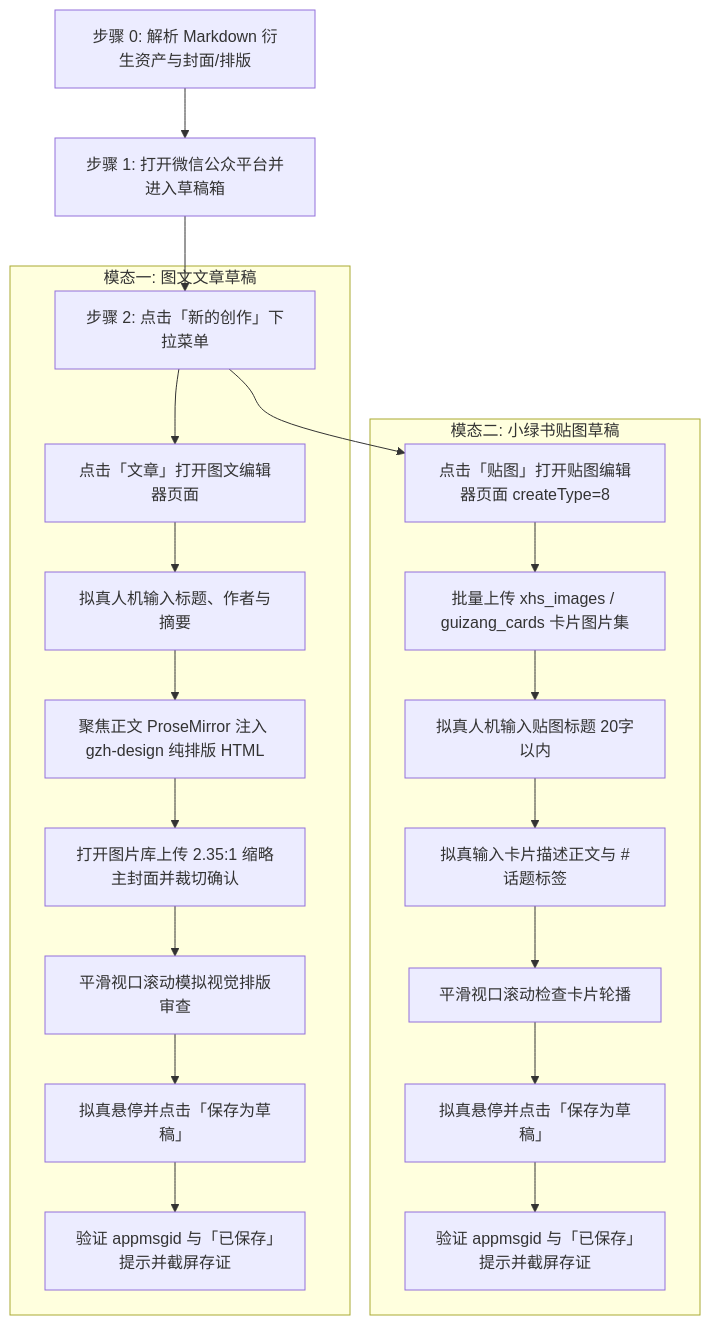
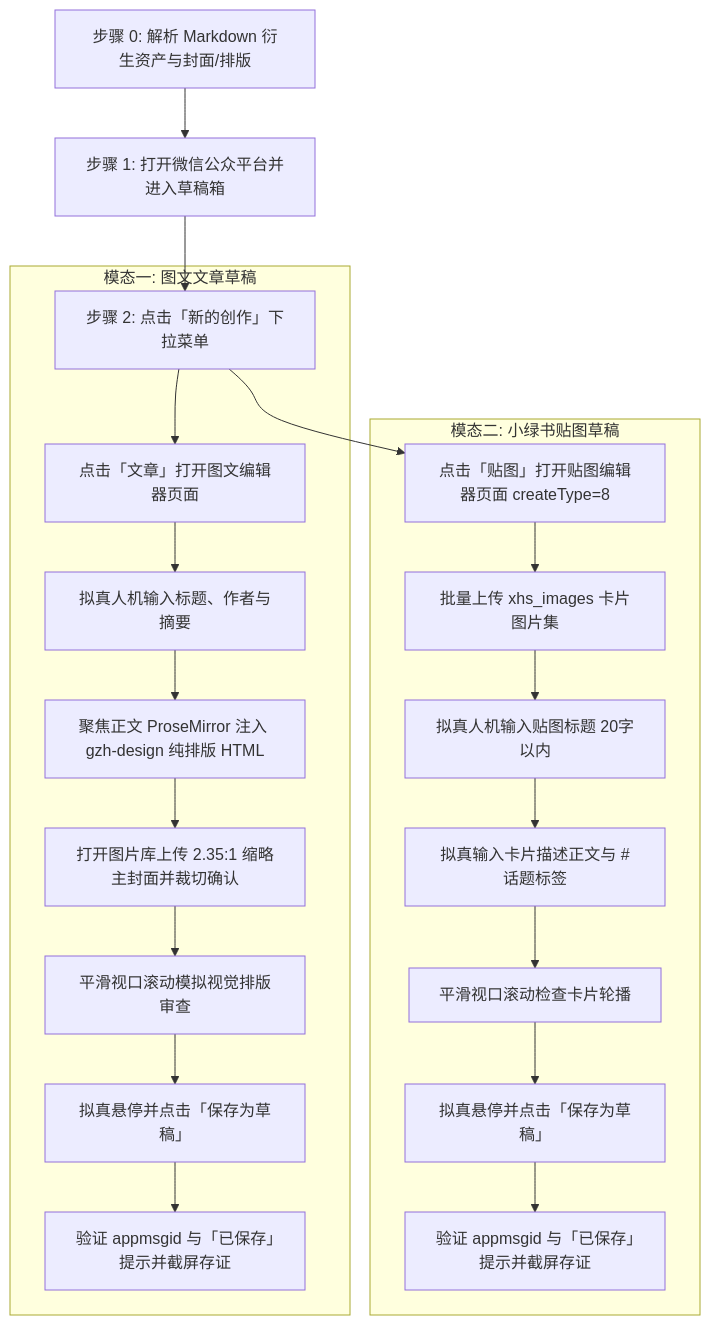
Before and after one commit to undsky/doudou-publish-skills: the diagram in skills/doudou-weixin/SKILL.md, drawn with Mermaid. The commit also changed other lines of this file and 4 other files, not shown here.

````diff
--- a/skills/doudou-weixin/SKILL.md
+++ b/skills/doudou-weixin/SKILL.md
@@ -43,25 +43,25 @@
 ```mermaid
 flowchart TD
     S0[步骤 0: 解析 Markdown 衍生资产与封面/排版] --> S1[步骤 1: 打开微信公众平台并进入草稿箱]
     S1 --> S2[步骤 2: 点击「新的创作」下拉菜单]
     
     subgraph 模态一: 图文文章草稿
         S2 --> A1[点击「文章」打开图文编辑器页面]
         A1 --> A2[拟真人机输入标题、作者与摘要]
         A2 --> A3[聚焦正文 ProseMirror 注入 gzh-design 纯排版 HTML]
         A3 --> A4[打开图片库上传 2.35:1 缩略主封面并裁切确认]
         A4 --> A5[平滑视口滚动模拟视觉排版审查]
         A5 --> A6[拟真悬停并点击「保存为草稿」]
         A6 --> A7[验证 appmsgid 与「已保存」提示并截屏存证]
     end
 
     subgraph 模态二: 小绿书贴图草稿
         S2 --> B1[点击「贴图」打开贴图编辑器页面 createType=8]
-        B1 --> B2[批量上传 xhs_images / guizang_cards 卡片图片集]
+        B1 --> B2[批量上传 xhs_images 卡片图片集]
         B2 --> B3[拟真人机输入贴图标题 20字以内]
         B3 --> B4[拟真输入卡片描述正文与 #话题标签]
         B4 --> B5[平滑视口滚动检查卡片轮播]
         B5 --> B6[拟真悬停并点击「保存为草稿」]
         B6 --> B7[验证 appmsgid 与「已保存」提示并截屏存证]
     end
 ```
````
